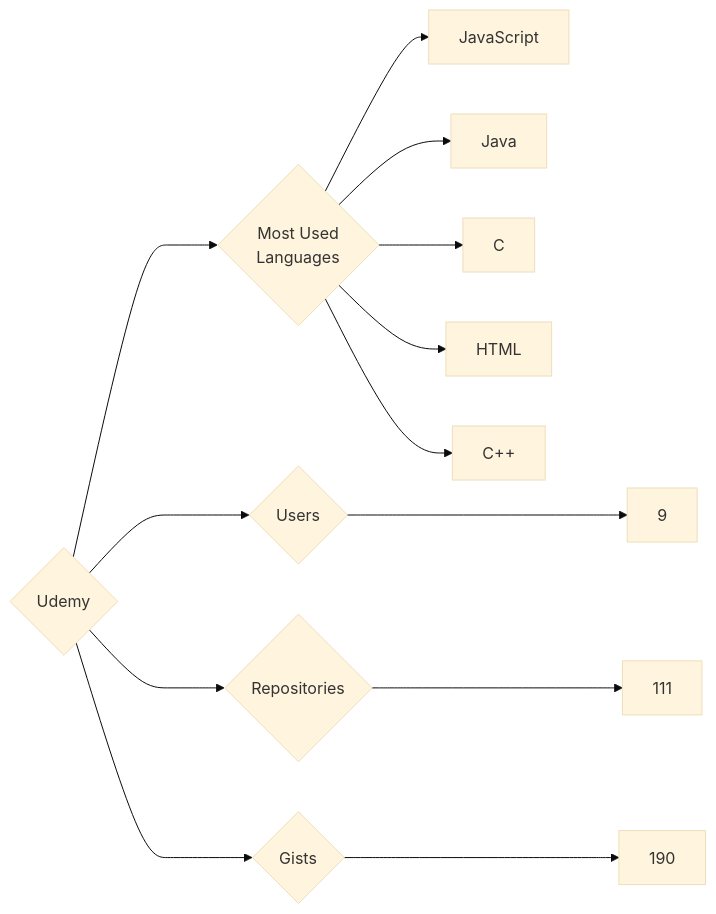
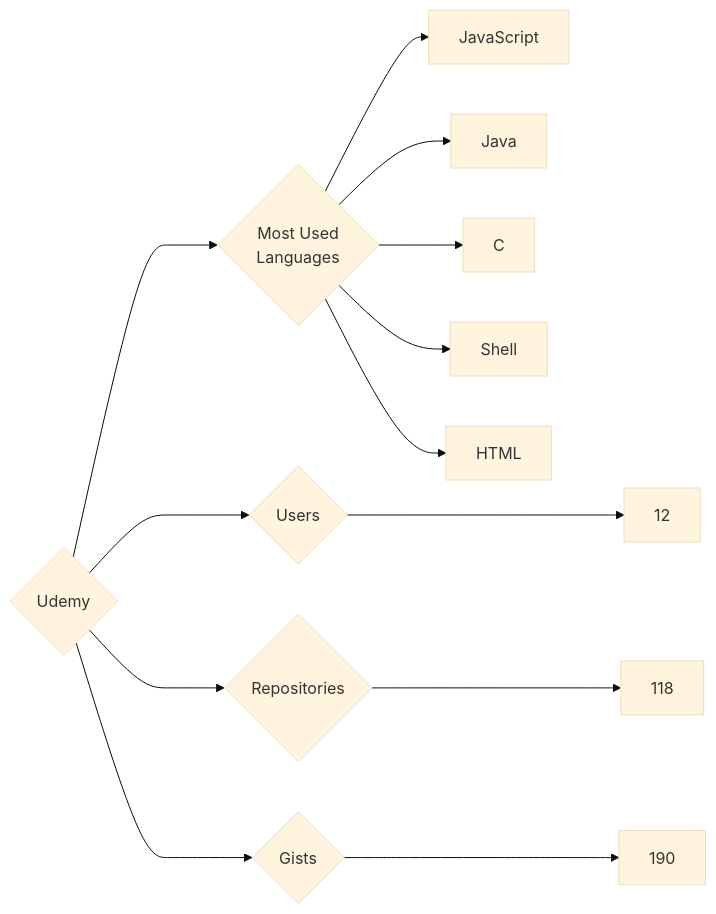
The diagram in targets/Udemy/README.md (trickest/insiders), drawn with Mermaid (base theme) before and after one commit. The commit also changed 725 other files, not shown here.

````diff
--- a/targets/Udemy/README.md
+++ b/targets/Udemy/README.md
@@ -3,13 +3,13 @@
 ```mermaid
 graph LR
 COMPANY_NAME{Udemy}
-COMPANY_NAME ---> U{Users} ---> UN[9]
-COMPANY_NAME ---> R{Repositories} ---> RN[111]
+COMPANY_NAME ---> U{Users} ---> UN[12]
+COMPANY_NAME ---> R{Repositories} ---> RN[118]
 COMPANY_NAME ---> G{Gists} ---> GN[190]
 COMPANY_NAME ---> ML{Most Used<br>Languages}
 ML --> JavaScript[JavaScript]
 ML --> Java[Java]
 ML --> C[C]
+ML --> Shell[Shell]
 ML --> HTML[HTML]
-ML --> C++[C++]
 ```
````
